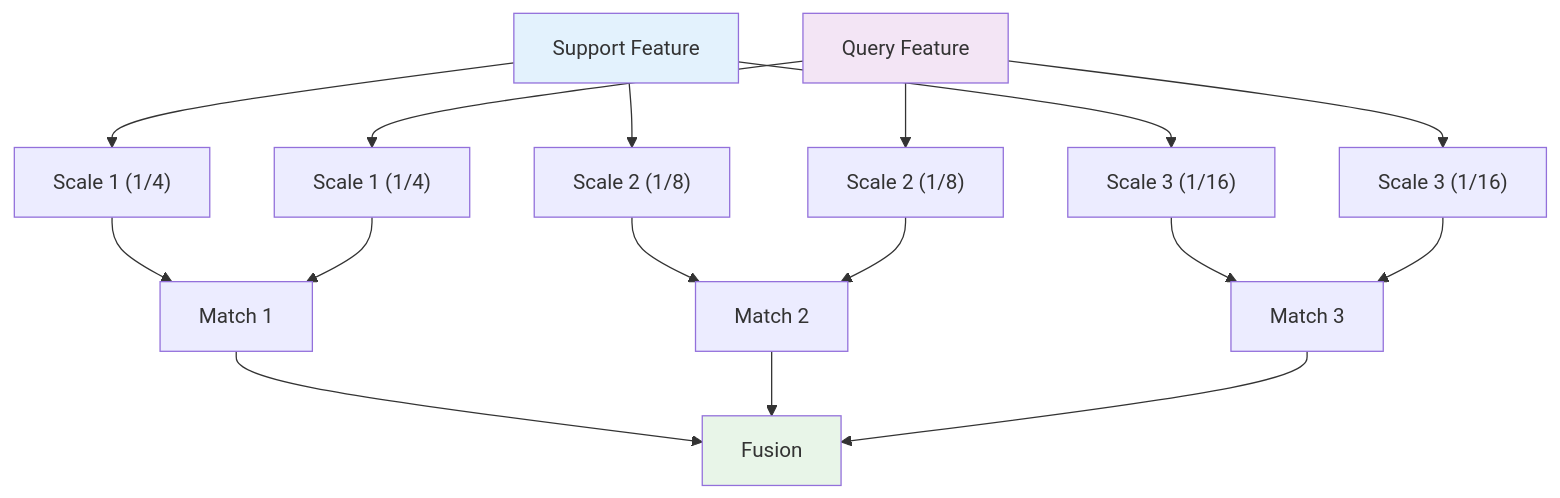
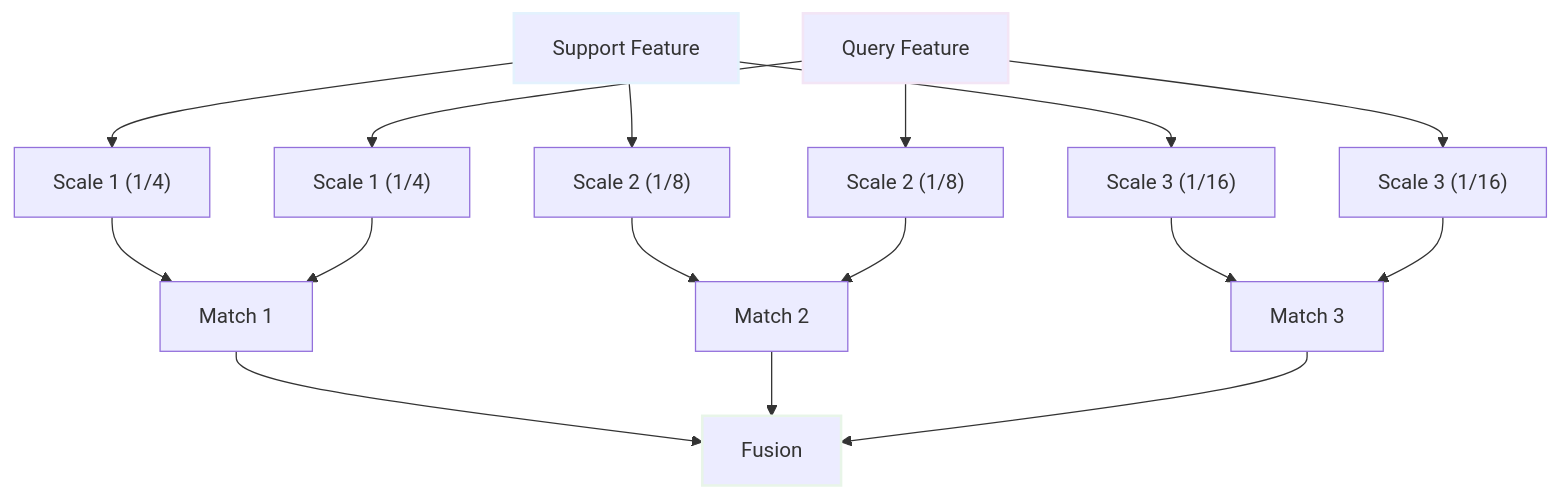
The diagram in 스터디/IS_13_advanced_topics.md (c0z0c/sprint_mission), drawn with Mermaid before and after one commit. The commit also changed 14 other files, not shown here.

````diff
--- a/스터디/IS_13_advanced_topics.md
+++ b/스터디/IS_13_advanced_topics.md
@@ -101,25 +101,25 @@
 ```mermaid
 graph TB
     A["Support Feature"] --> B["Scale 1 (1/4)"]
     A --> C["Scale 2 (1/8)"]
     A --> D["Scale 3 (1/16)"]
     
     E["Query Feature"] --> F["Scale 1 (1/4)"]
     E --> G["Scale 2 (1/8)"]
     E --> H["Scale 3 (1/16)"]
     
     B --> I["Match 1"]
     F --> I
     C --> J["Match 2"]
     G --> J
     D --> K["Match 3"]
     H --> K
     
     I --> L["Fusion"]
     J --> L
     K --> L
     
-    style A fill:#e3f2fd
-    style E fill:#f3e5f5
-    style L fill:#e8f5e8
+    style A stroke-width:2px,stroke:#e3f2fd
+    style E stroke-width:2px,stroke:#f3e5f5
+    style L stroke-width:2px,stroke:#e8f5e8
 ```
````
